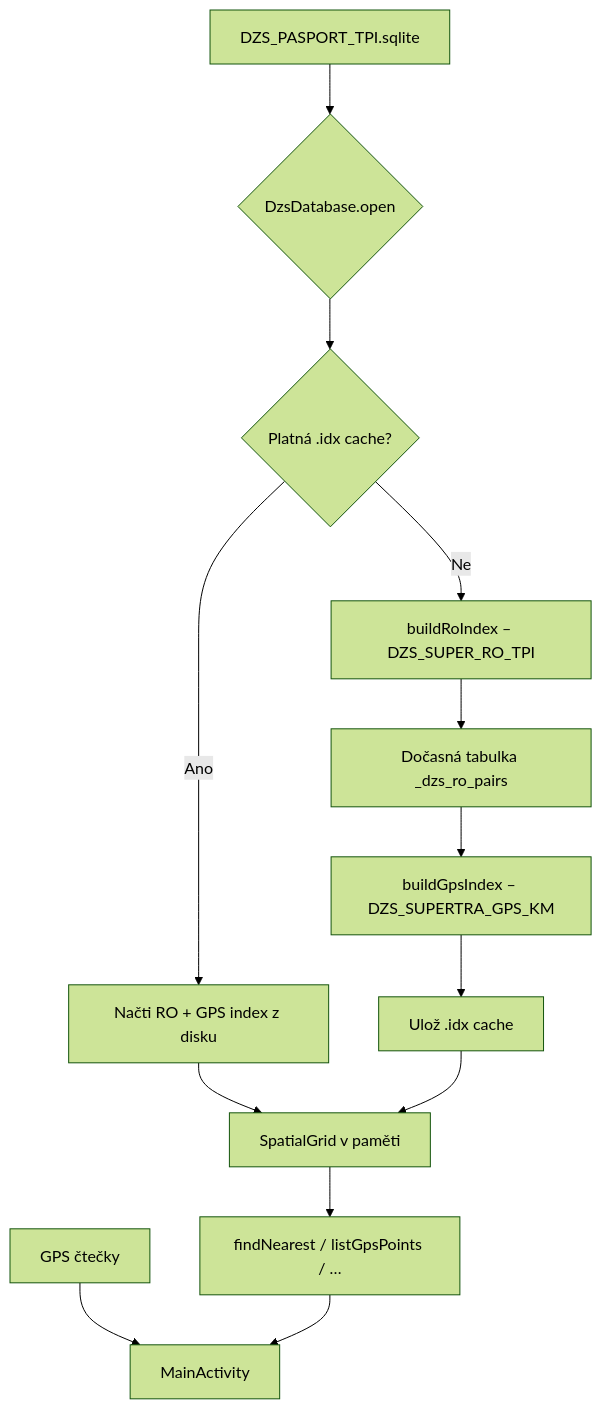
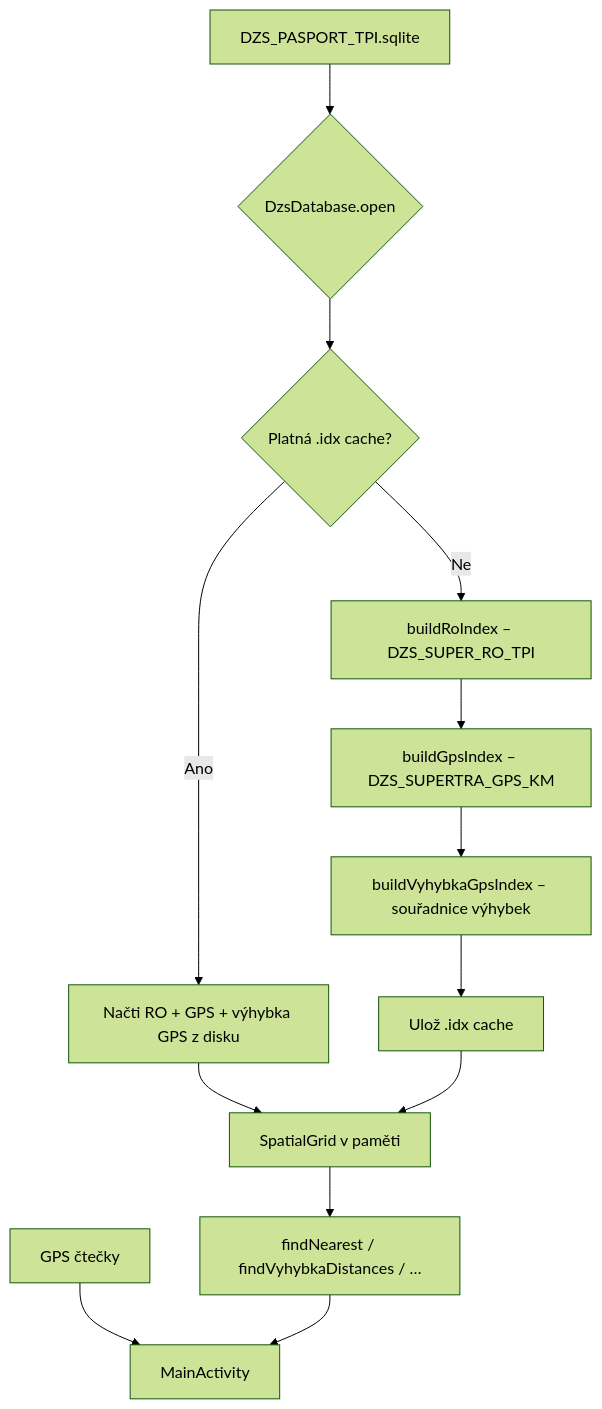
The diagram in docs/INDEXACE_DZS.md (tofiapp/rfid_go_gps), drawn with Mermaid (forest theme) before and after one commit. The commit also changed other lines of this file and 3 other files, not shown here.

First line of the commit message:
Předpočítat souřadnice výhybek při indexaci (cache v5)

````diff
--- a/docs/INDEXACE_DZS.md
+++ b/docs/INDEXACE_DZS.md
@@ -234,15 +255,15 @@
 ```mermaid
 flowchart TD
     A[DZS_PASPORT_TPI.sqlite] --> B{DzsDatabase.open}
     B --> C{Platná .idx cache?}
-    C -->|Ano| D[Načti RO + GPS index z disku]
+    C -->|Ano| D[Načti RO + GPS + výhybka GPS z disku]
     C -->|Ne| E[buildRoIndex – DZS_SUPER_RO_TPI]
-    E --> F[Dočasná tabulka _dzs_ro_pairs]
-    F --> G[buildGpsIndex – DZS_SUPERTRA_GPS_KM]
+    E --> F[buildGpsIndex – DZS_SUPERTRA_GPS_KM]
+    F --> G[buildVyhybkaGpsIndex – souřadnice výhybek]
     G --> H[Ulož .idx cache]
     D --> I[SpatialGrid v paměti]
     H --> I
-    I --> J[findNearest / listGpsPoints / …]
+    I --> J[findNearest / findVyhybkaDistances / …]
     K[GPS čtečky] --> L[MainActivity]
     J --> L
 ```
````
